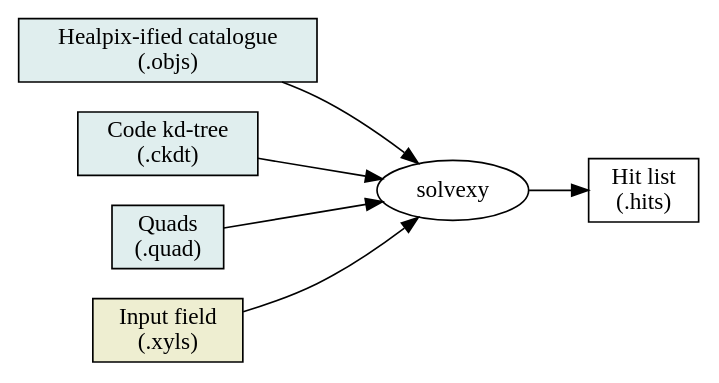
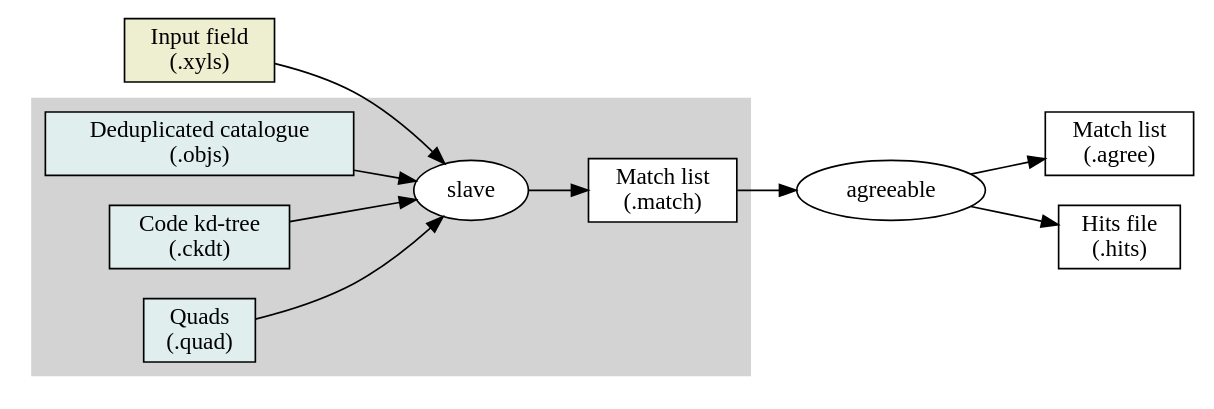
One commit to blackball/an-test6 changed the diagram in src/quads/pipeline2.dot. Above: the diagram before and after it, drawn with Graphviz. The commit also changed 5 other files, not shown here.

```diff
--- a/src/quads/pipeline2.dot
+++ b/src/quads/pipeline2.dot
@@ -1,30 +1,42 @@
 graph solvepipeline {
 	graph [ rankdir = LR ];
 	node [ shape=box ];
 	edge [ dir=forward ];
-	node [ style=filled, fillcolor=azure2 ];
-	objs [ label="Healpix-ified catalogue\n(.objs)" ];
-	ckdt [ label="Code kd-tree\n(.ckdt)" ];
-	quad [ label="Quads\n(.quad)" ];
 	node [ style=filled, fillcolor=lightyellow2 ];
 	xyls [ label="Input field\n(.xyls)" ];
-	node [ style="" ];
-	hits [ label="Hit list\n(.hits)" ];
+	subgraph cluster_0 {
+		style=filled;
+		color=lightgrey;
+		node [ style=filled, fillcolor=azure2 ];
+		objs [ label="Deduplicated catalogue\n(.objs)" ];
+		ckdt [ label="Code kd-tree\n(.ckdt)" ];
+		quad [ label="Quads\n(.quad)" ];
+		node [ style=filled, fillcolor=white ];
+		match [ label="Match list\n(.match)" ];
 
+		node [ shape=ellipse ];
+		slave [ label="slave" ];
+
+		objs -- slave
+		ckdt -- slave
+		quad -- slave
+
+		slave -- match
+	} 
+	xyls -- slave
+	node [ shape=box fillcolor=white ];
+	agree [ label="Match list\n(.agree)" ];
+	hits [ label="Hits file\n(.hits)" ];
+	
 	node [ shape=ellipse ];
-	solvexy [ label="solvexy" ];
-
-	objs -- solvexy
-	ckdt -- solvexy
-	quad -- solvexy
-	xyls -- solvexy
-
-	solvexy -- hits
+	match -- agreeable
+	agreeable -- agree
+	agreeable -- hits
 }
 
 // render with:
 //   dot -Tps2 -o pipeline2.ps pipeline2.dot
 // to get bounding box:
 //   gs -q -dNOPAUSE -dBATCH -dTextAlphaBits=4 -dGraphicsAlphaBits=4 -sDEVICE=bbox pipeline2.ps
 // to render as png:
 //   gs -q -dNOPAUSE -dBATCH -dTextAlphaBits=4 -dGraphicsAlphaBits=4 -sDEVICE=png16m -sOutputFile=pipeline2.png -g355x225 pipeline2.ps
```
